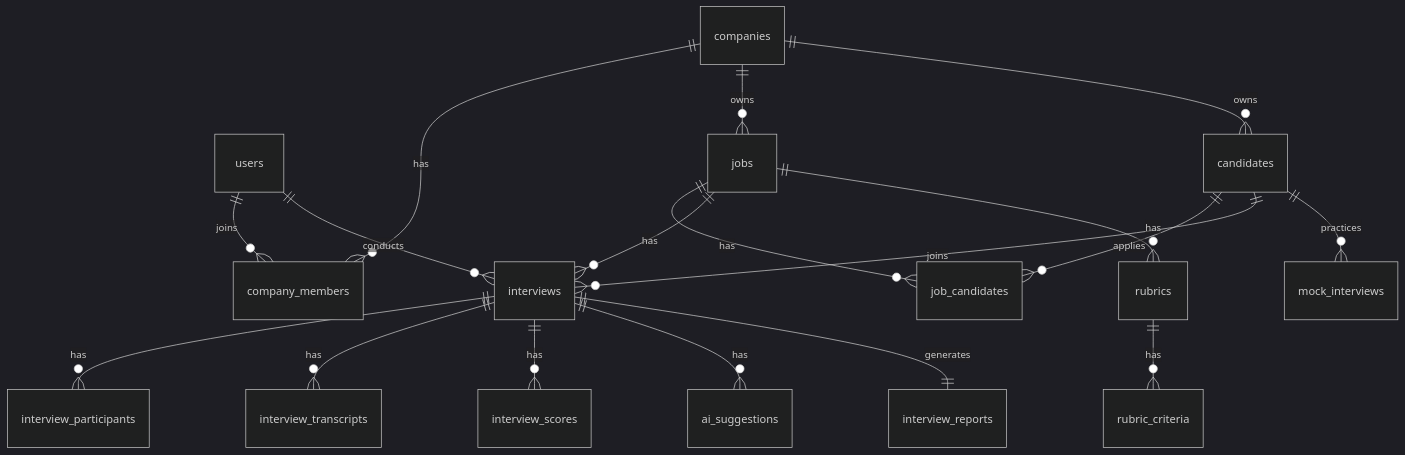
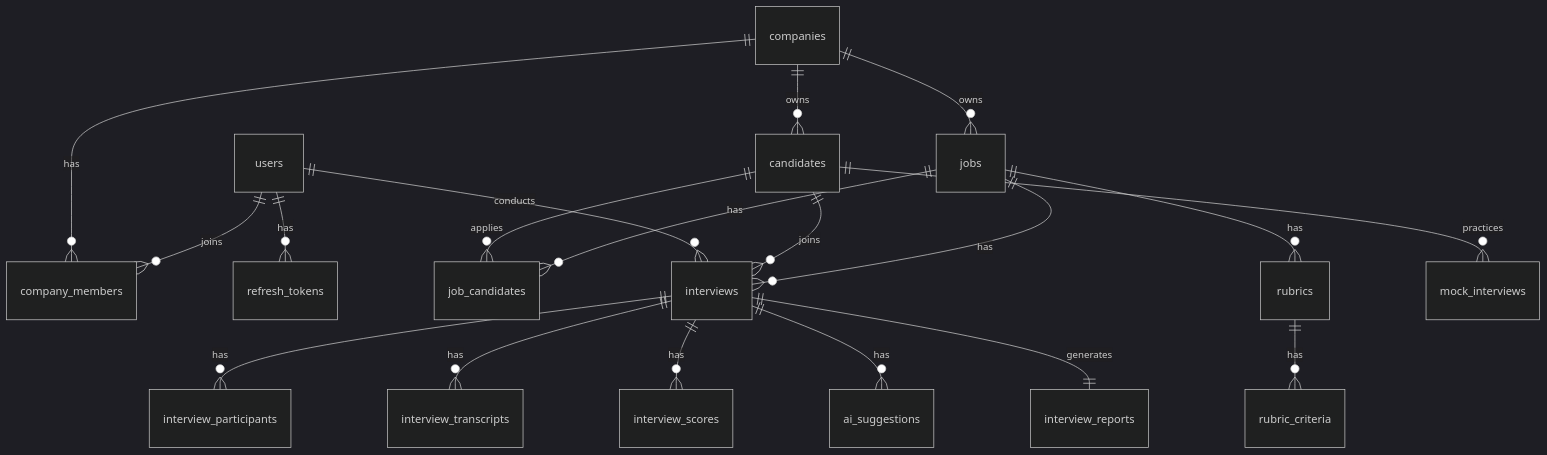
Before and after one commit to nguyenhung2203/Cuoc-Thi-AI: the diagram in docs/DATABASE_DESIGN.md, drawn with Mermaid (dark theme). The commit also changed other lines of this file and 18 other files, not shown here.

````diff
--- a/docs/DATABASE_DESIGN.md
+++ b/docs/DATABASE_DESIGN.md
@@ -115,20 +115,21 @@
 ```mermaid
 erDiagram
     users ||--o{ company_members : joins
+    users ||--o{ refresh_tokens : has
     companies ||--o{ company_members : has
     companies ||--o{ jobs : owns
     companies ||--o{ candidates : owns
     jobs ||--o{ job_candidates : has
     candidates ||--o{ job_candidates : applies
     jobs ||--o{ interviews : has
     candidates ||--o{ interviews : joins
     users ||--o{ interviews : conducts
     interviews ||--o{ interview_participants : has
     interviews ||--o{ interview_transcripts : has
     interviews ||--o{ interview_scores : has
     interviews ||--o{ ai_suggestions : has
     interviews ||--|| interview_reports : generates
     jobs ||--o{ rubrics : has
     rubrics ||--o{ rubric_criteria : has
     candidates ||--o{ mock_interviews : practices
 ```
````
